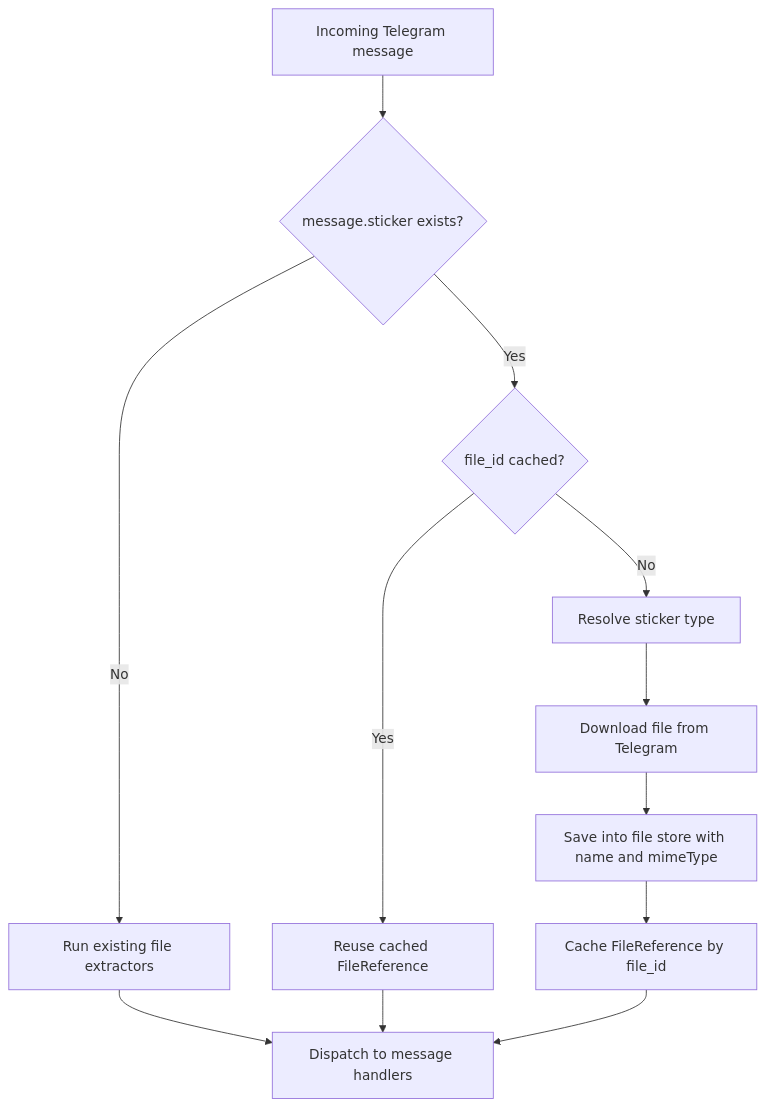
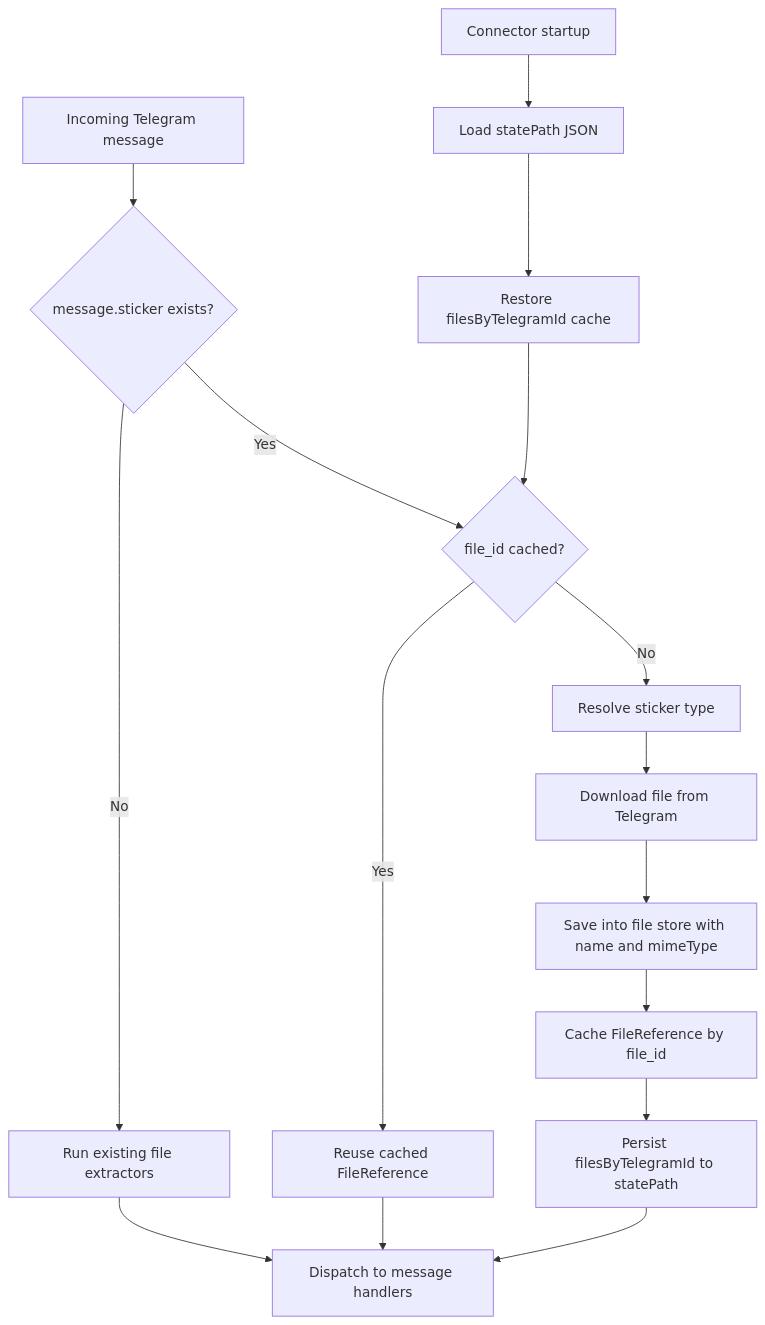
One commit to ex3ndr/daycare changed the diagram in doc/internals/telegram-sticker-forwarding.md. Above: the diagram before and after it, drawn with Mermaid. The commit also changed other lines of this file and 4 other files, not shown here.

Commit message:
fix(telegram): persist file_id dedupe cache in connector state

````diff
--- a/doc/internals/telegram-sticker-forwarding.md
+++ b/doc/internals/telegram-sticker-forwarding.md
@@ -17,14 +18,18 @@
 ```mermaid
 flowchart TD
+  S[Connector startup] --> T[Load statePath JSON]
+  T --> U[Restore filesByTelegramId cache]
   A[Incoming Telegram message] --> B{message.sticker exists?}
   B -->|No| C[Run existing file extractors]
   B -->|Yes| D{file_id cached?}
   D -->|Yes| E[Reuse cached FileReference]
   D -->|No| F[Resolve sticker type]
   F --> G[Download file from Telegram]
   G --> H[Save into file store with name and mimeType]
   H --> I[Cache FileReference by file_id]
+  I --> P[Persist filesByTelegramId to statePath]
+  U --> D
   C --> J[Dispatch to message handlers]
   E --> J
-  I --> J
+  P --> J
 ```
````
